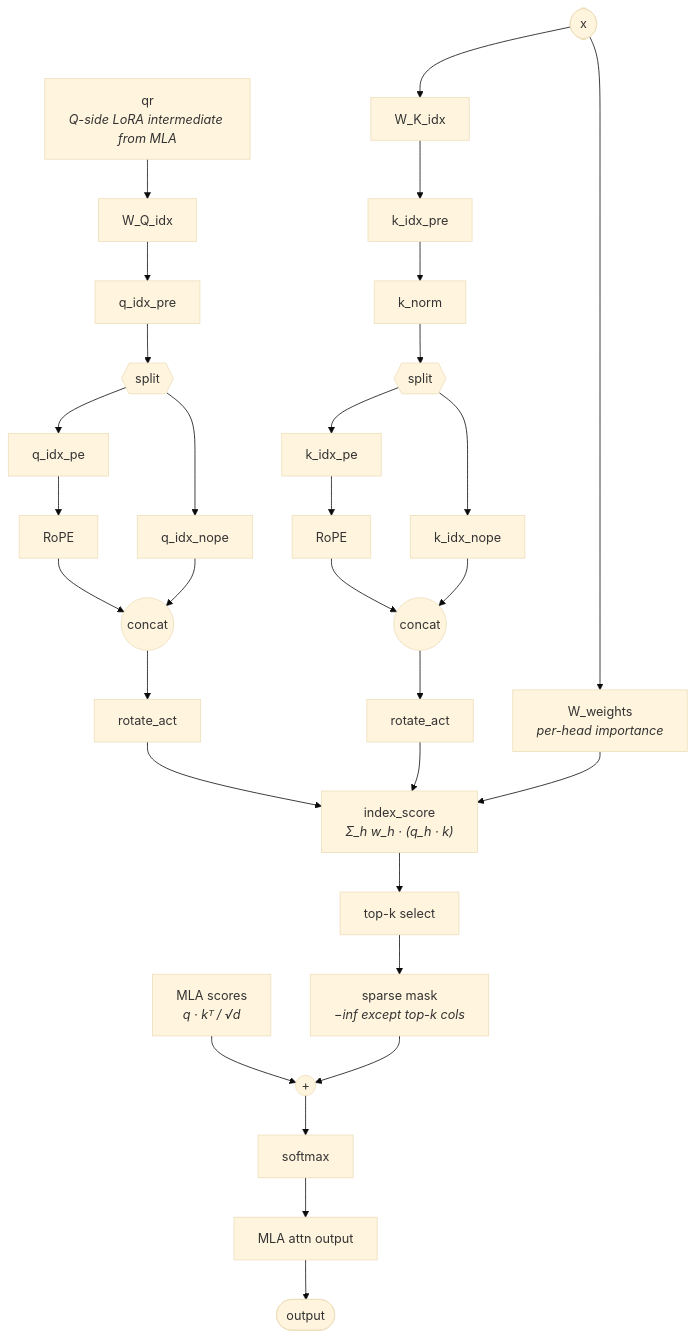
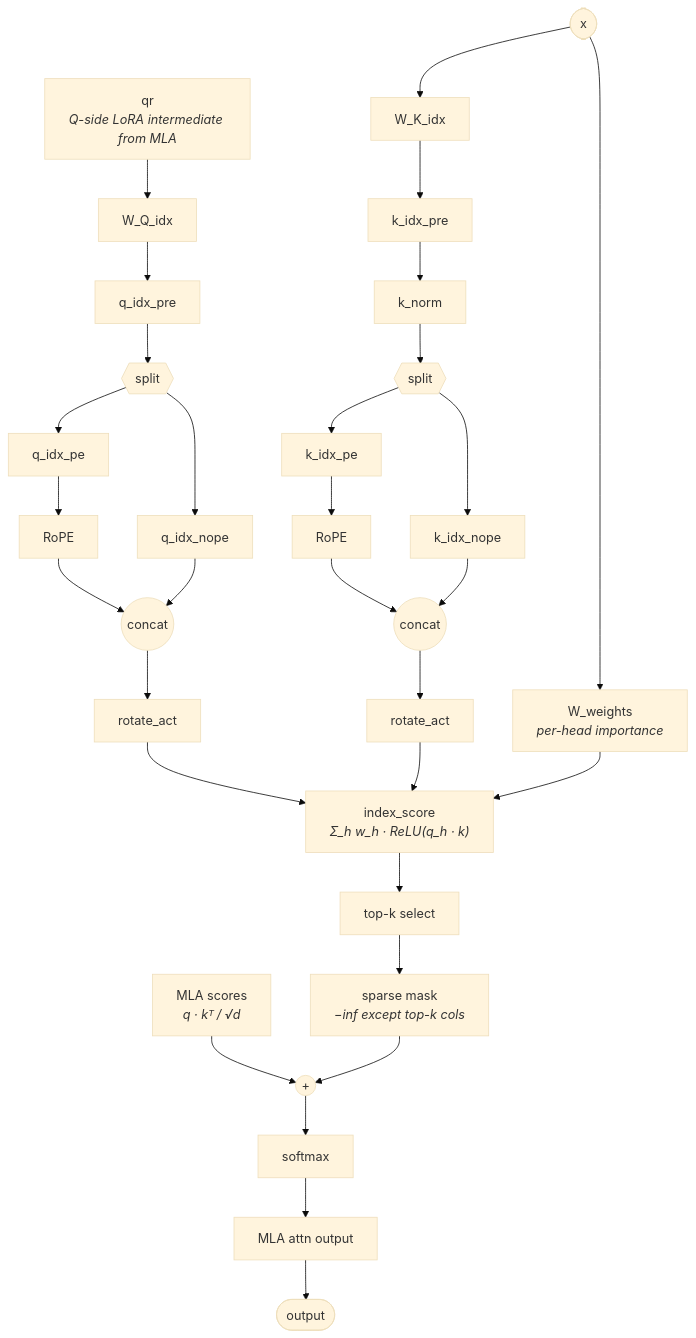
One commit to Atlas-Ascend-Fork/cannbot-knowledge changed the diagram in knowledge/model/inference/concepts/modules/dsa.md. Above: the diagram before and after it, drawn with Mermaid (base theme). The commit also changed other lines of this file and 441 other files, not shown here.

````diff
--- a/knowledge/model/inference/concepts/modules/dsa.md
+++ b/knowledge/model/inference/concepts/modules/dsa.md
@@ -33,45 +37,45 @@
 ```mermaid
 flowchart TD
     x([x])
     qr["qr<br/><i>Q-side LoRA intermediate from MLA</i>"]
 
     x --> wk[W_K_idx]
     x --> wp["W_weights<br/><i>per-head importance</i>"]
     qr --> wq_b[W_Q_idx]
 
     wq_b --> q_pre[q_idx_pre]
     wk --> k_pre[k_idx_pre]
 
     q_pre --> q_split{{split}}
     k_pre --> kn[k_norm]
     kn --> k_split{{split}}
 
     q_split --> q_pe[q_idx_pe]
     q_split --> q_nope[q_idx_nope]
     k_split --> k_pe[k_idx_pe]
     k_split --> k_nope[k_idx_nope]
 
     q_pe --> rope_q[RoPE]
     k_pe --> rope_k[RoPE]
 
     rope_q --> q_concat((concat))
     q_nope --> q_concat
     rope_k --> k_concat((concat))
     k_nope --> k_concat
 
     q_concat --> q_rot[rotate_act]
     k_concat --> k_rot[rotate_act]
 
-    q_rot --> idx_score["index_score<br/><i>Σ_h w_h · (q_h · k)</i>"]
+    q_rot --> idx_score["index_score<br/><i>Σ_h w_h · ReLU(q_h · k)</i>"]
     k_rot --> idx_score
     wp --> idx_score
 
     idx_score --> topk["top-k select"]
     topk --> mask["sparse mask<br/><i>−inf except top-k cols</i>"]
 
     mla_scores["MLA scores<br/><i>q · kᵀ / √d</i>"] --> add((+))
     mask --> add
     add --> softmax[softmax]
     softmax --> mla_attn["MLA attn output"]
     mla_attn --> out([output])
 ```
````
